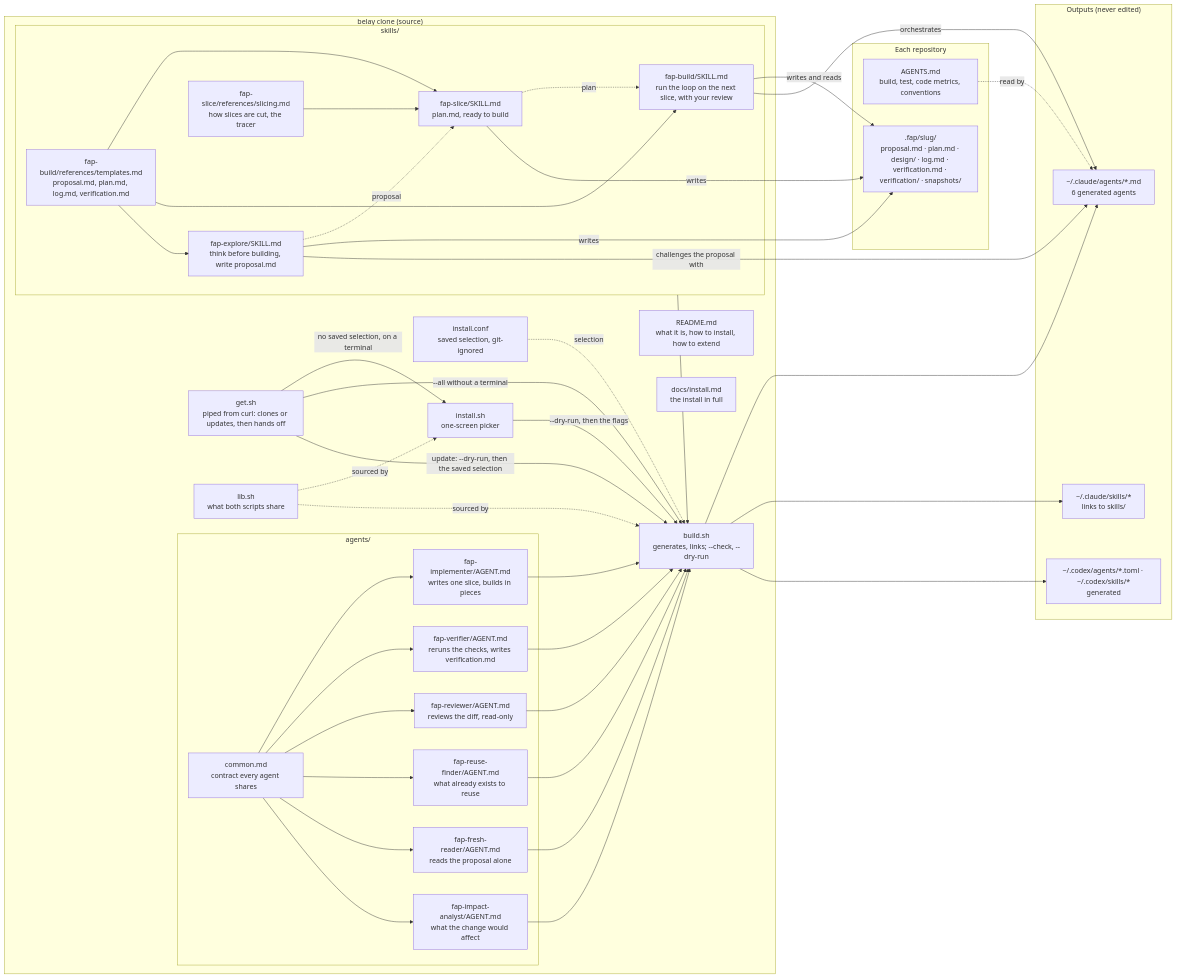
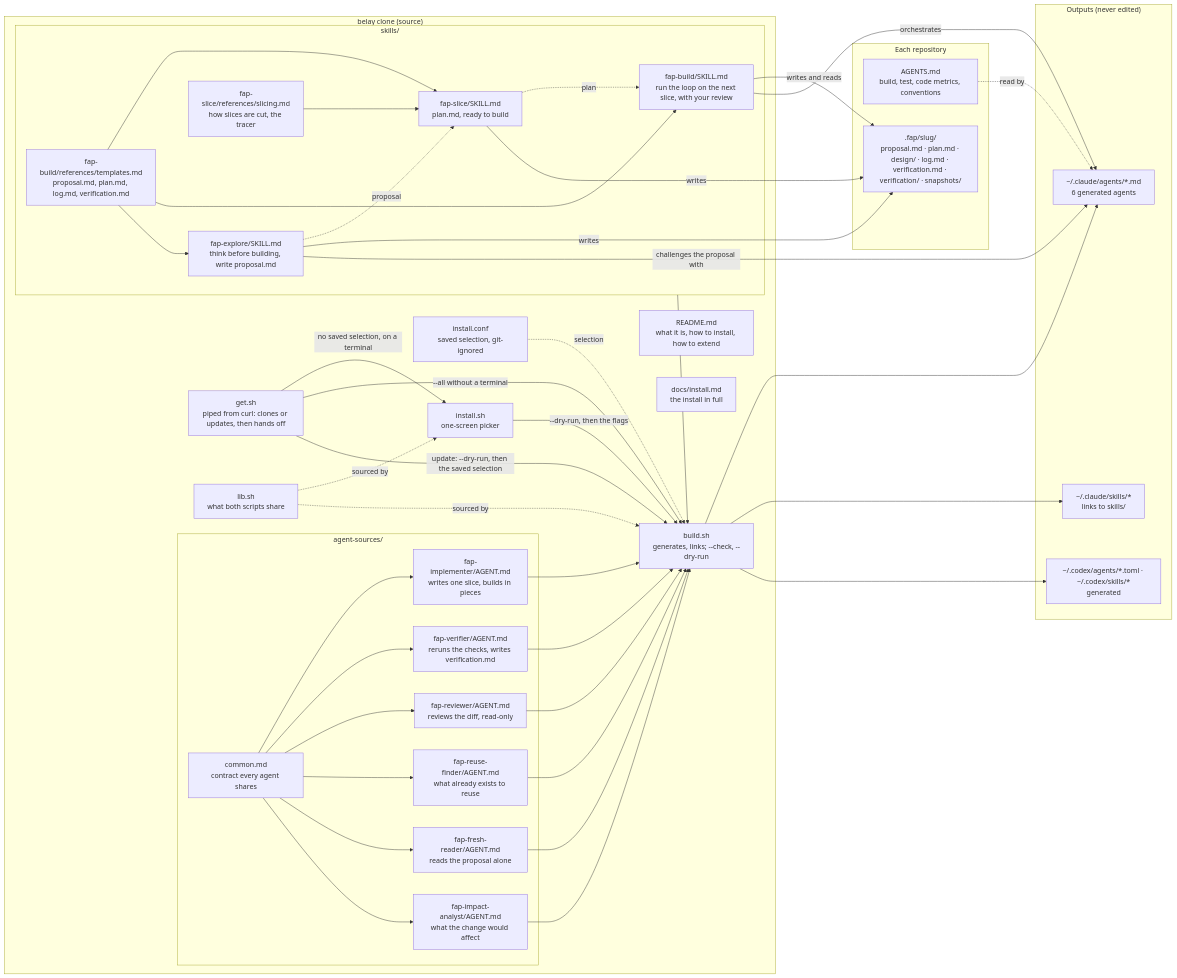
Before and after one commit to felipearpa/belay: the first of 2 diagrams in docs/structure.md, drawn with Mermaid. The commit also changed other lines of this file and 20 other files, not shown here.

````diff
--- a/docs/structure.md
+++ b/docs/structure.md
@@ -5,60 +5,60 @@
 ```mermaid
 flowchart LR
   subgraph SRC["belay clone (source)"]
     README["README.md<br/>what it is, how to install, how to extend"]
     DOCI["docs/install.md<br/>the install in full"]
     GET["get.sh<br/>piped from curl: clones or updates, then hands off"]
     INSTALL["install.sh<br/>one-screen picker"]
     BUILD["build.sh<br/>generates, links; --check, --dry-run"]
     LIB["lib.sh<br/>what both scripts share"]
     CONF["install.conf<br/>saved selection, git-ignored"]
-    subgraph AG["agents/"]
+    subgraph AG["agent-sources/"]
       COMMON["common.md<br/>contract every agent shares"]
       IMPL["fap-implementer/AGENT.md<br/>writes one slice, builds in pieces"]
       VER["fap-verifier/AGENT.md<br/>reruns the checks, writes verification.md"]
       REV["fap-reviewer/AGENT.md<br/>reviews the diff, read-only"]
       RF["fap-reuse-finder/AGENT.md<br/>what already exists to reuse"]
       FR["fap-fresh-reader/AGENT.md<br/>reads the proposal alone"]
       IA["fap-impact-analyst/AGENT.md<br/>what the change would affect"]
     end
     subgraph SK["skills/"]
       EXPL["fap-explore/SKILL.md<br/>think before building, write proposal.md"]
       PLAN["fap-slice/SKILL.md<br/>plan.md, ready to build"]
       FB["fap-build/SKILL.md<br/>run the loop on the next slice, with your review"]
       SLI["fap-slice/references/slicing.md<br/>how slices are cut, the tracer"]
       TPL["fap-build/references/templates.md<br/>proposal.md, plan.md, log.md, verification.md"]
     end
   end
 
   subgraph OUT["Outputs (never edited)"]
     CA["~/.claude/agents/*.md<br/>6 generated agents"]
     CS["~/.claude/skills/*<br/>links to skills/"]
     CX["~/.codex/agents/*.toml · ~/.codex/skills/*<br/>generated"]
   end
 
   subgraph REPO["Each repository"]
     AGENTS["AGENTS.md<br/>build, test, code metrics, conventions"]
     FAP[".fap/slug/<br/>proposal.md · plan.md · design/ · log.md · verification.md · verification/ · snapshots/"]
   end
 
   COMMON --> IMPL & VER & REV & RF & FR & IA
   IMPL & VER & REV & RF & FR & IA --> BUILD --> CA
   SK --> BUILD --> CS
   BUILD --> CX
   GET -- "no saved selection, on a terminal" --> INSTALL
   GET -- "--all without a terminal" --> BUILD
   GET -- "update: --dry-run, then the saved selection" --> BUILD
   INSTALL -- "--dry-run, then the flags" --> BUILD
   CONF -. "selection" .-> BUILD
   LIB -. "sourced by" .-> INSTALL & BUILD
   SLI & TPL --> PLAN
   TPL --> FB & EXPL
   PLAN -. "plan" .-> FB
   EXPL -. "proposal" .-> PLAN
   EXPL -- "writes" --> FAP
   EXPL -- "challenges the proposal with" --> CA
   PLAN -- "writes" --> FAP
   FB -- "writes and reads" --> FAP
   FB -- "orchestrates" --> CA
   AGENTS -. "read by" .-> CA
 ```
````
